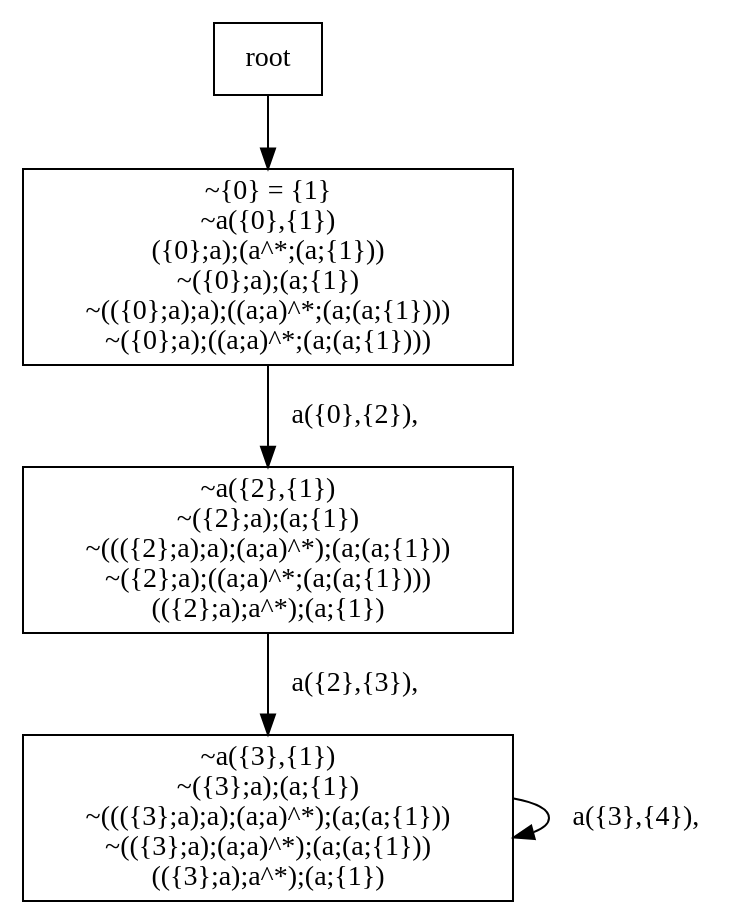
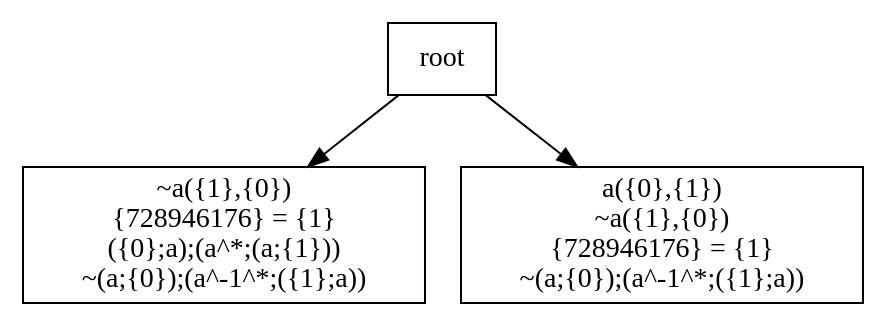
The diagram in output/regular.dot (jangreen/rat), drawn with Graphviz before and after one commit. The commit also changed 6 other files, not shown here.

```diff
--- a/output/regular.dot
+++ b/output/regular.dot
@@ -1,29 +1,15 @@
 digraph {
 node[shape="box"]
-N0x13d6420c0[label="~{0} = {1}
-~a({0},{1})
+N0x12d104d40[label="~a({1},{0})
+{728946176} = {1}
 ({0};a);(a^*;(a;{1}))
-~({0};a);(a;{1})
-~(({0};a);a);((a;a)^*;(a;(a;{1})))
-~({0};a);((a;a)^*;(a;(a;{1})))
+~(a;{0});(a^-1^*;({1};a))
 "];
-N0x13d6420c0 -> N0x13d649910[label="a({0},{2}), 
+root -> N0x12d104d40;
+N0x12d104e70[label="a({0},{1})
+~a({1},{0})
+{728946176} = {1}
+~(a;{0});(a^-1^*;({1};a))
 "];
-N0x13d649910[label="~a({2},{1})
-~({2};a);(a;{1})
-~((({2};a);a);(a;a)^*);(a;(a;{1}))
-~({2};a);((a;a)^*;(a;(a;{1})))
-(({2};a);a^*);(a;{1})
-"];
-N0x13d649910 -> N0x13d7156d0[label="a({2},{3}), 
-"];
-N0x13d7156d0[label="~a({3},{1})
-~({3};a);(a;{1})
-~((({3};a);a);(a;a)^*);(a;(a;{1}))
-~(({3};a);(a;a)^*);(a;(a;{1}))
-(({3};a);a^*);(a;{1})
-"];
-N0x13d7156d0 -> N0x13d7156d0[label="a({3},{4}), 
-"];
-root -> N0x13d6420c0;
+root -> N0x12d104e70;
 }
```
